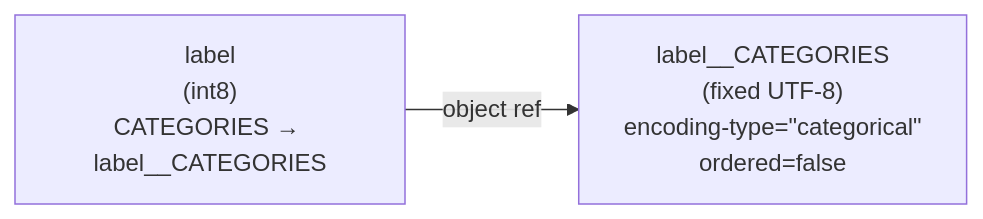
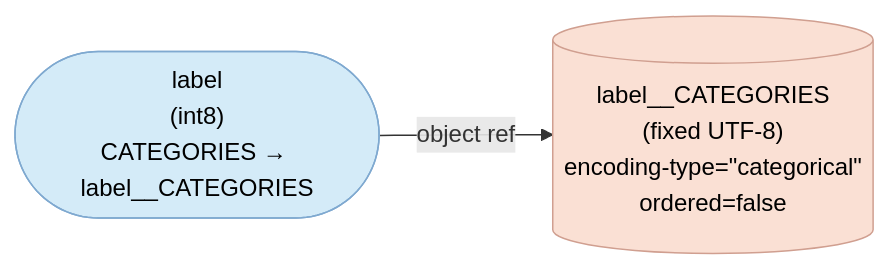
Before and after one commit to HDFAlliance/heps: the fourth of 8 diagrams in HEP001/index.md, drawn with Mermaid. The commit also changed other lines of this file, not shown here.

Commit message:
Improve Mermaid diagrams

````diff
--- a/HEP001/index.md
+++ b/HEP001/index.md
@@ -626,6 +661,12 @@
 ```{mermaid}
 graph LR
-  col["label<br/>(int8)<br/>CATEGORIES &rarr; label__CATEGORIES"]
-  cat["label__CATEGORIES<br/>(fixed UTF-8)<br/>encoding‑type=&quot;categorical&quot;<br/>ordered=false"]
+  col(["label<br/>(int8)<br/>CATEGORIES &rarr; label__CATEGORIES"])
+  cat[("label__CATEGORIES<br/>(fixed UTF-8)<br/>encoding‑type=&quot;categorical&quot;<br/>ordered=false")]
   col -- object ref --> cat
+
+  classDef dataCol fill:#D4EBF8,stroke:#7FA9D0,stroke-width:1px,color:#000
+  classDef catData fill:#FAE0D4,stroke:#D09F90,stroke-width:1px,color:#000
+
+  class col dataCol
+  class cat catData
 ```
````
